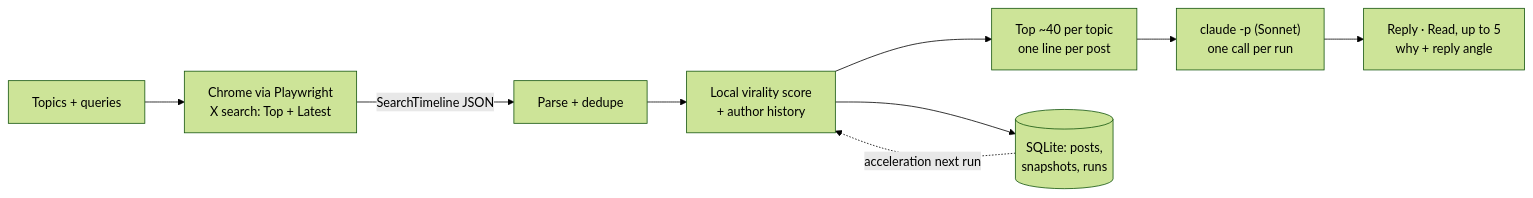
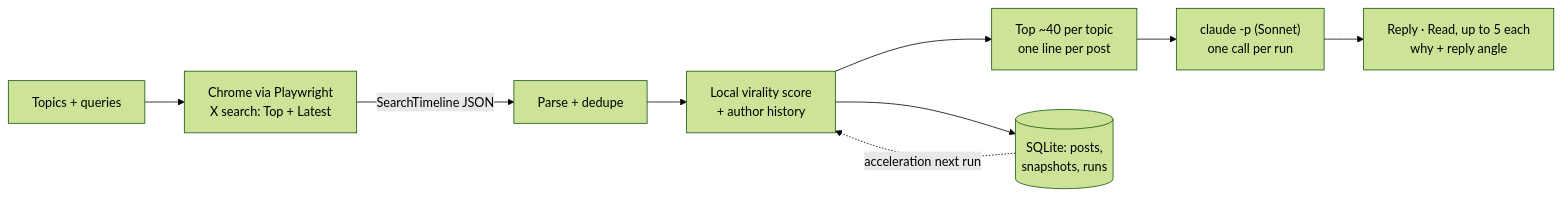
Before and after one commit to Sentimenta1ist/x-scout: the diagram in README.md, drawn with Mermaid (forest theme). The commit also changed other lines of this file and 3 other files, not shown here.

Commit message:
Up to 5 posts per column, room for fresh posts, local giveaway filter, old reply picks move to read

````diff
--- a/README.md
+++ b/README.md
@@ -56,11 +56,11 @@
 ```mermaid
 flowchart LR
     A[Topics + queries] --> B[Chrome via Playwright<br/>X search: Top + Latest]
     B -->|SearchTimeline JSON| C[Parse + dedupe]
     C --> D[Local virality score<br/>+ author history]
     D --> E[Top ~40 per topic<br/>one line per post]
     E --> F["claude -p (Sonnet)<br/>one call per run"]
-    F --> G[Reply · Read, up to 5<br/>why + reply angle]
+    F --> G[Reply · Read, up to 5 each<br/>why + reply angle]
     D --> H[(SQLite: posts,<br/>snapshots, runs)]
     H -.->|acceleration next run| D
 ```
````
